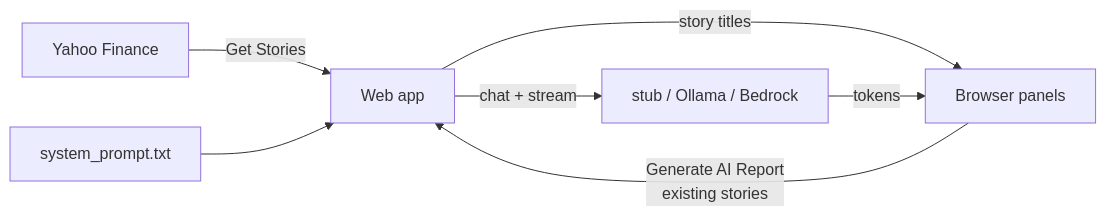
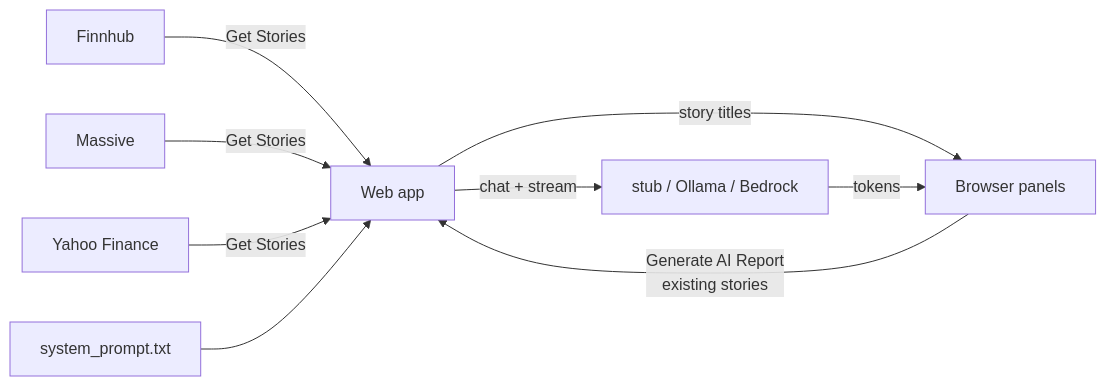
Before and after one commit to marcoman/lunch-marcoly: the diagram in 01-reference-agent/application.md, drawn with Mermaid. The commit also changed other lines of this file and 34 other files, not shown here.

Commit message:
feat: update 01-reference-agent to use finnhub + massive for news first, and yahoo finance last.  This fixes an API throttling problem.

````diff
--- a/01-reference-agent/application.md
+++ b/01-reference-agent/application.md
@@ -40,9 +40,11 @@
 ```mermaid
 flowchart LR
-  YF[Yahoo Finance] -->|Get Stories| APP[Web app]
+  FH[Finnhub] -->|Get Stories| APP[Web app]
+  MS[Massive] -->|Get Stories| APP
+  YF[Yahoo Finance] -->|Get Stories| APP
   APP -->|story titles| UI[Browser panels]
   UI -->|Generate AI Report<br/>existing stories| APP
   SP[system_prompt.txt] --> APP
   APP -->|chat + stream| LLM[stub / Ollama / Bedrock]
   LLM -->|tokens| UI
 ```
````
